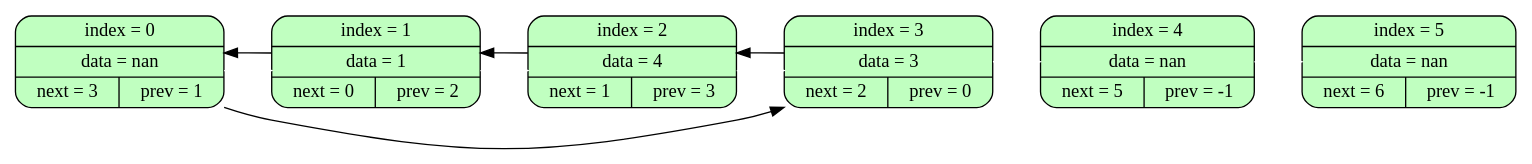
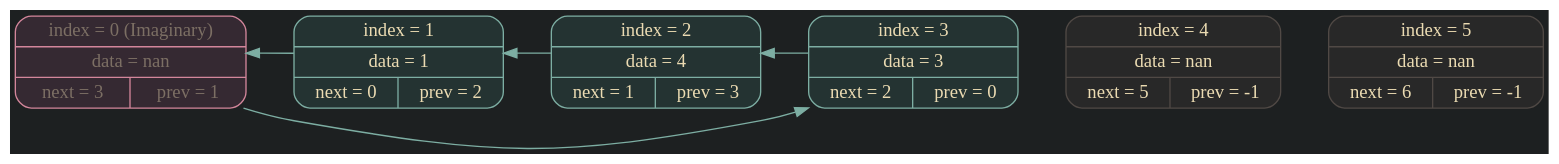
Before and after one commit to Tamik13/doubly_linked_list: the diagram in logs/dot/graph.dot, drawn with Graphviz. The commit also changed 7 other files, not shown here.

```diff
--- a/logs/dot/graph.dot
+++ b/logs/dot/graph.dot
@@ -1,23 +1,18 @@
 digraph {
 	rankdir=LR;
-	node0[shape=Mrecord; style = filled; fillcolor = "#C0FFC0"; label=" index = 0 (Imaginary) | data = nan | { next = 3 | prev = 1 }"]
-	node0 [shape=Mrecord; style = filled; fillcolor = "#C0FFC0"; label=" index = 0 | data = nan | { next = 3 | prev = 1 }"]
-	node1 [shape=Mrecord; style = filled; fillcolor = "#C0FFC0"; label=" index = 1 | data = 1 | { next = 0 | prev = 2 }"]
-	node0 -> node1[color=white; weight=1000]
-	node1 [shape=Mrecord; style = filled; fillcolor = "#C0FFC0"; label=" index = 1 | data = 1 | { next = 0 | prev = 2 }"]
-	node2 [shape=Mrecord; style = filled; fillcolor = "#C0FFC0"; label=" index = 2 | data = 4 | { next = 1 | prev = 3 }"]
-	node1 -> node2[color=white; weight=1000]
-	node2 [shape=Mrecord; style = filled; fillcolor = "#C0FFC0"; label=" index = 2 | data = 4 | { next = 1 | prev = 3 }"]
-	node3 [shape=Mrecord; style = filled; fillcolor = "#C0FFC0"; label=" index = 3 | data = 3 | { next = 2 | prev = 0 }"]
-	node2 -> node3[color=white; weight=1000]
-	node3 [shape=Mrecord; style = filled; fillcolor = "#C0FFC0"; label=" index = 3 | data = 3 | { next = 2 | prev = 0 }"]
-	node4 [shape=Mrecord; style = filled; fillcolor = "#C0FFC0"; label=" index = 4 | data = nan | { next = 5 | prev = -1 }"]
-	node3 -> node4[color=white; weight=1000]
-	node4 [shape=Mrecord; style = filled; fillcolor = "#C0FFC0"; label=" index = 4 | data = nan | { next = 5 | prev = -1 }"]
-	node5 [shape=Mrecord; style = filled; fillcolor = "#C0FFC0"; label=" index = 5 | data = nan | { next = 6 | prev = -1 }"]
-	node4 -> node5[color=white; weight=1000]
-	node0 -> node3[color="black"]
-	node3 -> node2[color="black"]
-	node2 -> node1[color="black"]
-	node1 -> node0[color="black"]
+	bgcolor="#1d2021";	node0[shape=Mrecord; style=filled; fillcolor="#352932"; color="#d3869b"; fontcolor="#7c6f64" label=" index = 0 (Imaginary) | data = nan | { next = 3 | prev = 1 }"];
+	node1 [shape=Mrecord; style=filled; fillcolor="#243332"; color="#7daea3"; fontcolor="#ebdbb2"  label=" index = 1 | data = 1 | { next = 0 | prev = 2 }"];
+	node0 -> node1[style=invis; weight=1000];
+	node2 [shape=Mrecord; style=filled; fillcolor="#243332"; color="#7daea3"; fontcolor="#ebdbb2"  label=" index = 2 | data = 4 | { next = 1 | prev = 3 }"];
+	node1 -> node2[style=invis; weight=1000];
+	node3 [shape=Mrecord; style=filled; fillcolor="#243332"; color="#7daea3"; fontcolor="#ebdbb2"  label=" index = 3 | data = 3 | { next = 2 | prev = 0 }"];
+	node2 -> node3[style=invis; weight=1000];
+	node4 [shape=Mrecord; style=filled; fillcolor="#282828"; color="#504945"; fontcolor="#ebdbb2"  label=" index = 4 | data = nan | { next = 5 | prev = -1 }"];
+	node3 -> node4[style=invis; weight=1000];
+	node5 [shape=Mrecord; style=filled; fillcolor="#282828"; color="#504945"; fontcolor="#ebdbb2"  label=" index = 5 | data = nan | { next = 6 | prev = -1 }"];
+	node4 -> node5[style=invis; weight=1000];
+	node0 -> node3[color="#7daea3"];
+	node3 -> node2[color="#7daea3"];
+	node2 -> node1[color="#7daea3"];
+	node1 -> node0[color="#7daea3"];
 }
```
